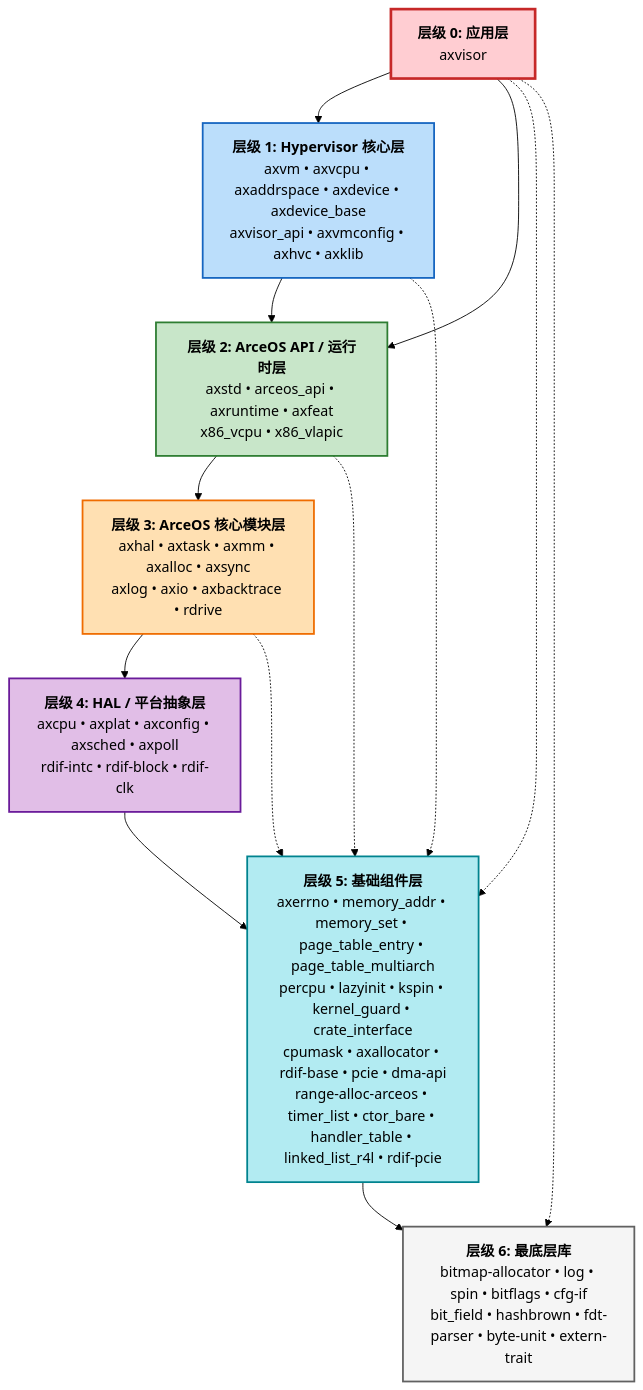
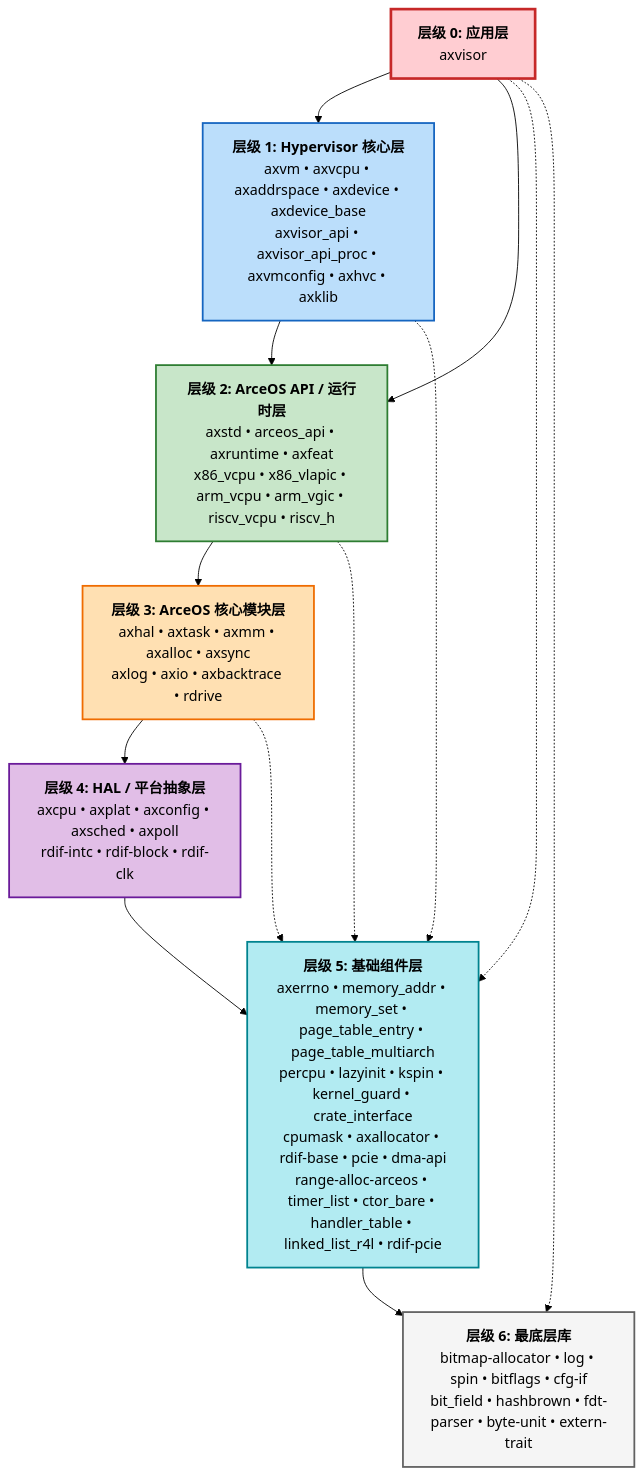
Before and after one commit to arceos-hypervisor/axcrates: the third of 4 diagrams in docs/axvisor-dependency.md, drawn with Mermaid (forest theme). The commit also changed other lines of this file, not shown here.

Commit message:
docs: update Axvisor dependency documentation to include ARM and RISC-V components

````diff
--- a/docs/axvisor-dependency.md
+++ b/docs/axvisor-dependency.md
@@ -722,49 +782,49 @@
 ```mermaid
 flowchart TD
     direction TB
     
     L0["<b>层级 0: 应用层</b><br/>axvisor"]
     
-    L1["<b>层级 1: Hypervisor 核心层</b><br/>axvm • axvcpu • axaddrspace • axdevice • axdevice_base<br/>axvisor_api • axvmconfig • axhvc • axklib"]
+    L1["<b>层级 1: Hypervisor 核心层</b><br/>axvm • axvcpu • axaddrspace • axdevice • axdevice_base<br/>axvisor_api • axvisor_api_proc • axvmconfig • axhvc • axklib"]
     
-    L2["<b>层级 2: ArceOS API / 运行时层</b><br/>axstd • arceos_api • axruntime • axfeat<br/>x86_vcpu • x86_vlapic"]
+    L2["<b>层级 2: ArceOS API / 运行时层</b><br/>axstd • arceos_api • axruntime • axfeat<br/>x86_vcpu • x86_vlapic • arm_vcpu • arm_vgic • riscv_vcpu • riscv_h"]
     
     L3["<b>层级 3: ArceOS 核心模块层</b><br/>axhal • axtask • axmm • axalloc • axsync<br/>axlog • axio • axbacktrace • rdrive"]
     
     L4["<b>层级 4: HAL / 平台抽象层</b><br/>axcpu • axplat • axconfig • axsched • axpoll<br/>rdif-intc • rdif-block • rdif-clk"]
     
     L5["<b>层级 5: 基础组件层</b><br/>axerrno • memory_addr • memory_set • page_table_entry • page_table_multiarch<br/>percpu • lazyinit • kspin • kernel_guard • crate_interface<br/>cpumask • axallocator • rdif-base • pcie • dma-api<br/>range-alloc-arceos • timer_list • ctor_bare • handler_table • linked_list_r4l • rdif-pcie"]
     
     L6["<b>层级 6: 最底层库</b><br/>bitmap-allocator • log • spin • bitflags • cfg-if<br/>bit_field • hashbrown • fdt-parser • byte-unit • extern-trait"]
 
     L0 --> L1
     L0 --> L2
     L1 --> L2
     L2 --> L3
     L3 --> L4
     L4 --> L5
     L5 --> L6
     
     %% 跨层依赖
     L0 -.-> L5
     L0 -.-> L6
     L1 -.-> L5
     L2 -.-> L5
     L3 -.-> L5
 
     classDef l0 fill:#ffcdd2,stroke:#c62828,stroke-width:3px,color:#000
     classDef l1 fill:#bbdefb,stroke:#1565c0,stroke-width:2px,color:#000
     classDef l2 fill:#c8e6c9,stroke:#2e7d32,stroke-width:2px,color:#000
     classDef l3 fill:#ffe0b2,stroke:#ef6c00,stroke-width:2px,color:#000
     classDef l4 fill:#e1bee7,stroke:#6a1b9a,stroke-width:2px,color:#000
     classDef l5 fill:#b2ebf2,stroke:#00838f,stroke-width:2px,color:#000
     classDef l6 fill:#f5f5f5,stroke:#616161,stroke-width:2px,color:#000
 
     class L0 l0
     class L1 l1
     class L2 l2
     class L3 l3
     class L4 l4
     class L5 l5
     class L6 l6
 ```
````
